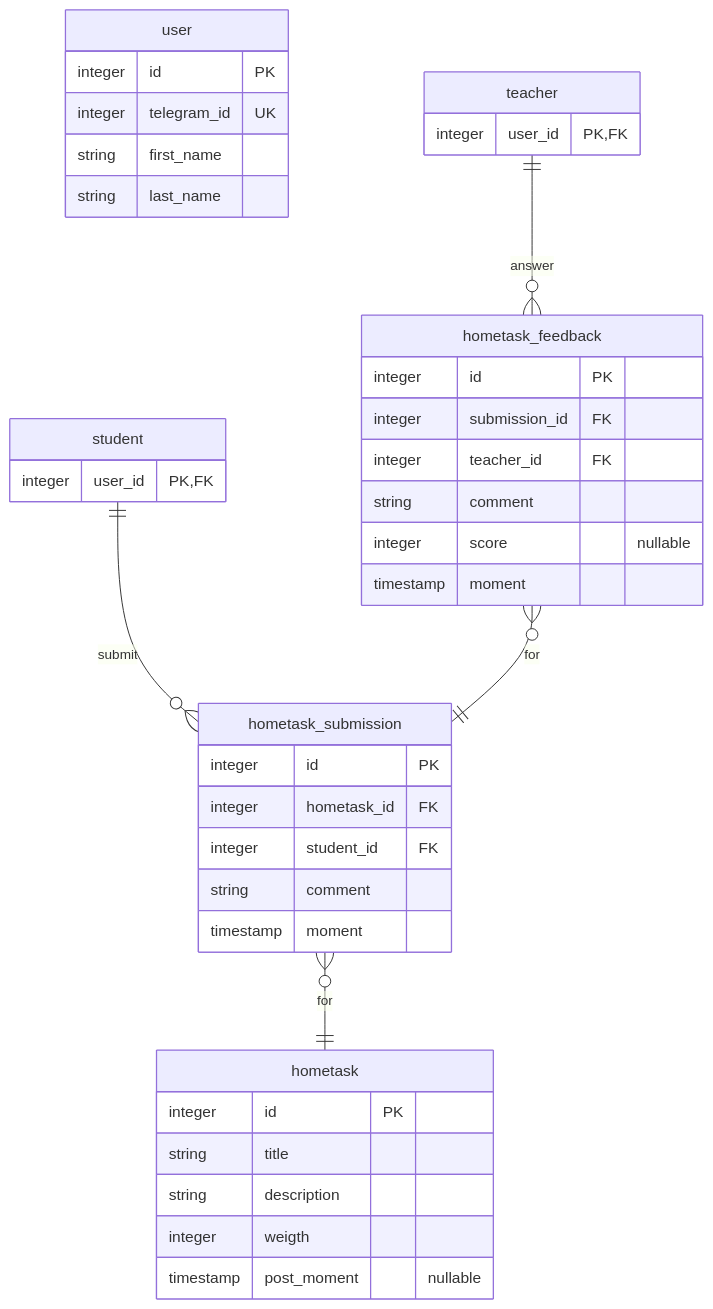
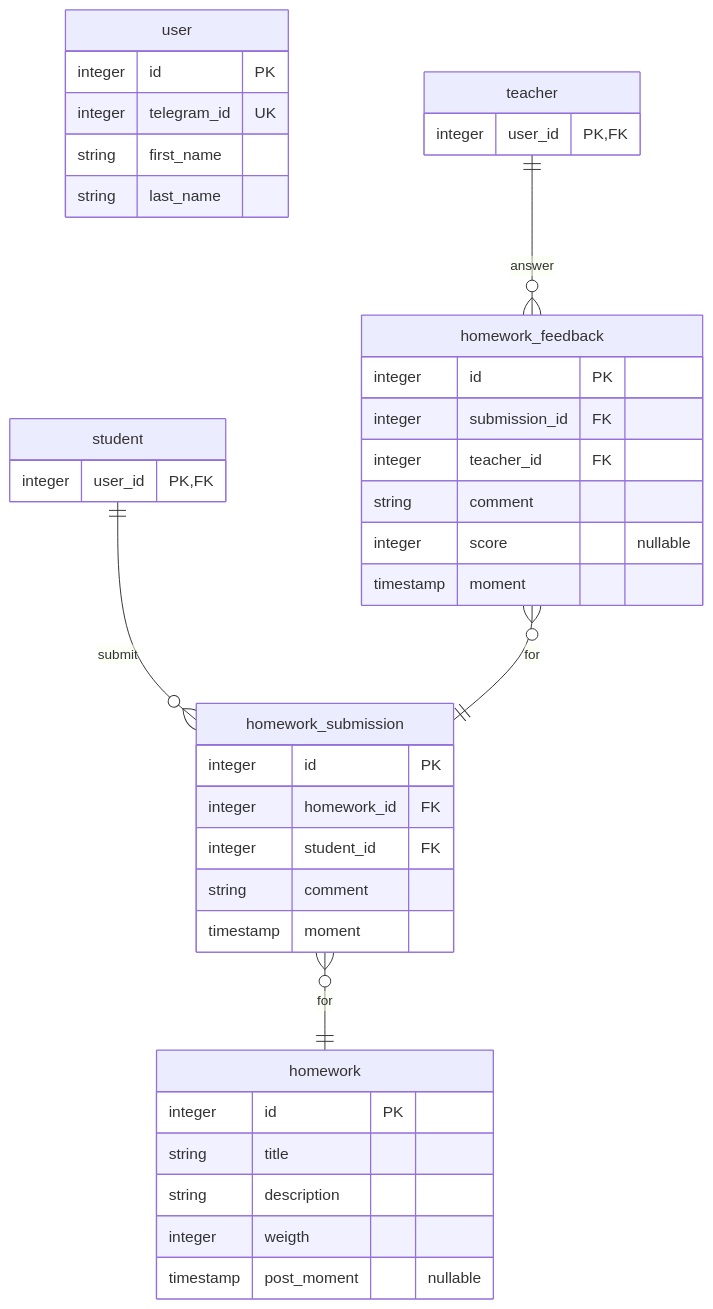
One commit to vityaman-edu/lms changed the second of 2 diagrams in doc/design/botalka.md. Above: the diagram before and after it, drawn with Mermaid. The commit also changed other lines of this file, not shown here.

````diff
--- a/doc/design/botalka.md
+++ b/doc/design/botalka.md
@@ -70,47 +70,47 @@
 ```mermaid
 erDiagram
   user {
     integer id          PK
     integer telegram_id UK
     string  first_name
     string  last_name
   }
 
   student {
     integer user_id PK, FK
   }
 
   teacher {
     integer user_id PK, FK
   }
 
-  hometask {
+  homework {
     integer   id          PK
     string    title
     string    description
     integer   weigth
     timestamp post_moment "nullable"
   }
 
-  hometask_submission {
+  homework_submission {
     integer   id          PK
-    integer   hometask_id FK
+    integer   homework_id FK
     integer   student_id  FK
     string    comment
     timestamp moment
   }
 
-  hometask_feedback {
+  homework_feedback {
     integer   id            PK
     integer   submission_id FK
     integer   teacher_id    FK
     string    comment
     integer   score         "nullable"
     timestamp moment
   }
 
-  student ||--o{ hometask_submission : submit
-  hometask_submission }o--|| hometask : for
-  teacher ||--o{ hometask_feedback : answer
-  hometask_feedback }o--|| hometask_submission : for
+  student ||--o{ homework_submission : submit
+  homework_submission }o--|| homework : for
+  teacher ||--o{ homework_feedback : answer
+  homework_feedback }o--|| homework_submission : for
 ```
````
